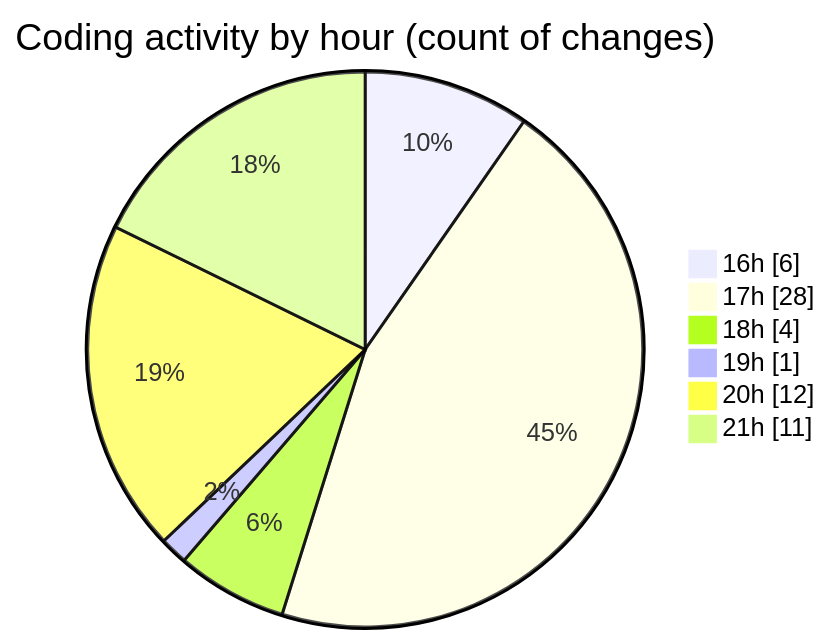
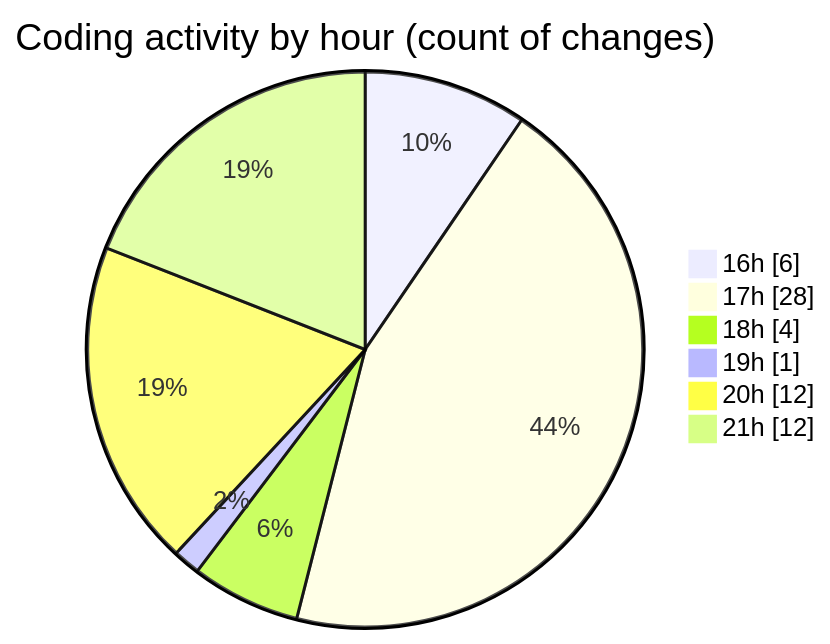
Before and after one commit to Ritupan-Deka/code-tracking: the second of 2 diagrams in 2025-06-24/scopecraft/README.md, drawn with Mermaid. The commit also changed other lines of this file and 1 other file, not shown here.

````diff
--- a/2025-06-24/scopecraft/README.md
+++ b/2025-06-24/scopecraft/README.md
@@ -42,10 +42,10 @@
 ```mermaid
 pie showData
 title Coding activity by hour (count of changes)
 "16h" : 6
 "17h" : 28
 "18h" : 4
 "19h" : 1
 "20h" : 12
-"21h" : 11
+"21h" : 12
 ```
````
